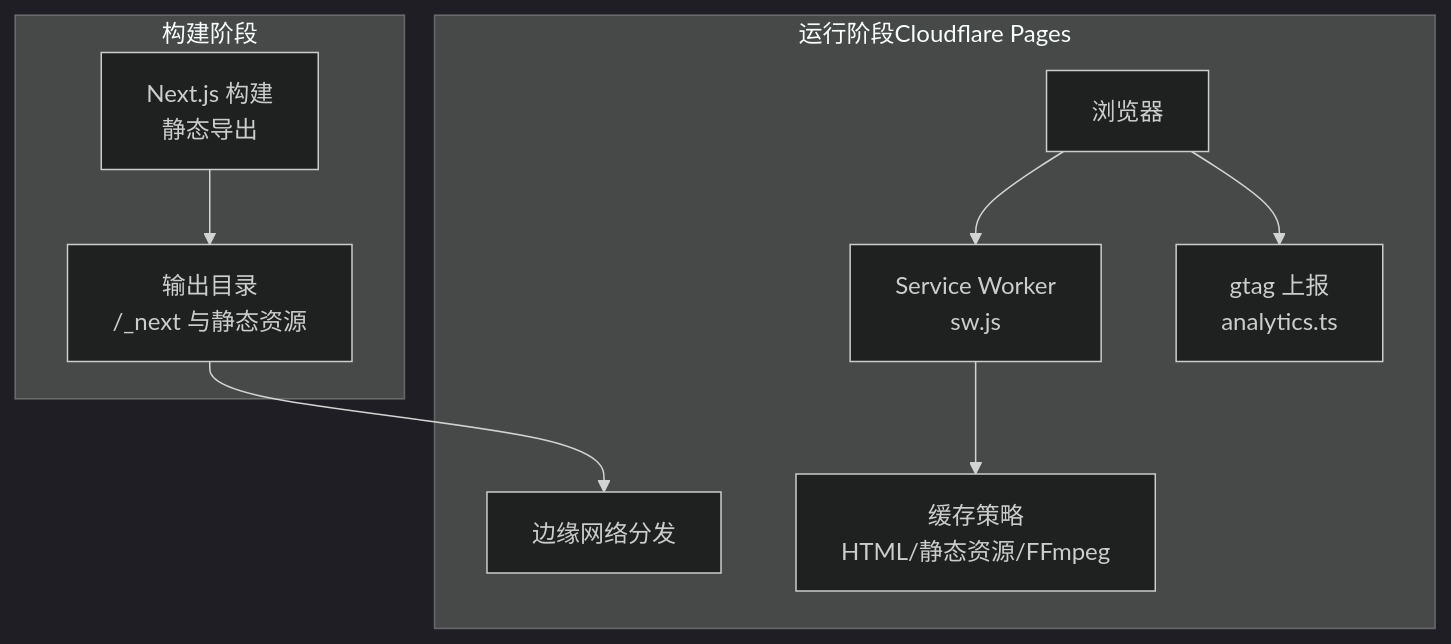
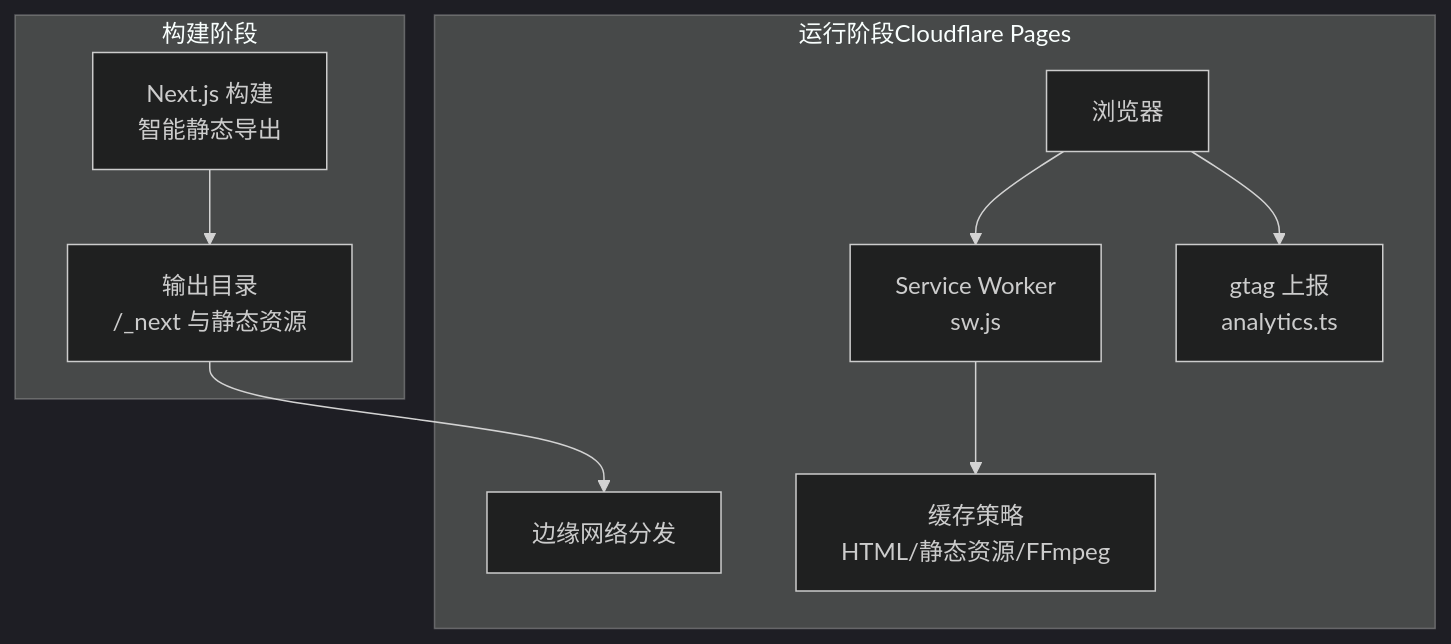
One commit to sgyy/privadeck changed the second of 7 diagrams in .qoder/repowiki/zh/content/部署与维护.md. Above: the diagram before and after it, drawn with Mermaid (dark theme). The commit also changed other lines of this file and 5 other files, not shown here.

````diff
--- a/.qoder/repowiki/zh/content/部署与维护.md
+++ b/.qoder/repowiki/zh/content/部署与维护.md
@@ -78,12 +84,12 @@
 ```mermaid
 graph TB
 subgraph "构建阶段"
-N["Next.js 构建<br/>静态导出"] --> O["输出目录<br/>/_next 与静态资源"]
+N["Next.js 构建<br/>智能静态导出"] --> O["输出目录<br/>/_next 与静态资源"]
 end
 subgraph "运行阶段Cloudflare Pages"
 O --> P["边缘网络分发"]
 Q["浏览器"] --> R["Service Worker<br/>sw.js"]
 R --> S["缓存策略<br/>HTML/静态资源/FFmpeg"]
 Q --> T["gtag 上报<br/>analytics.ts"]
 end
 ```
````
